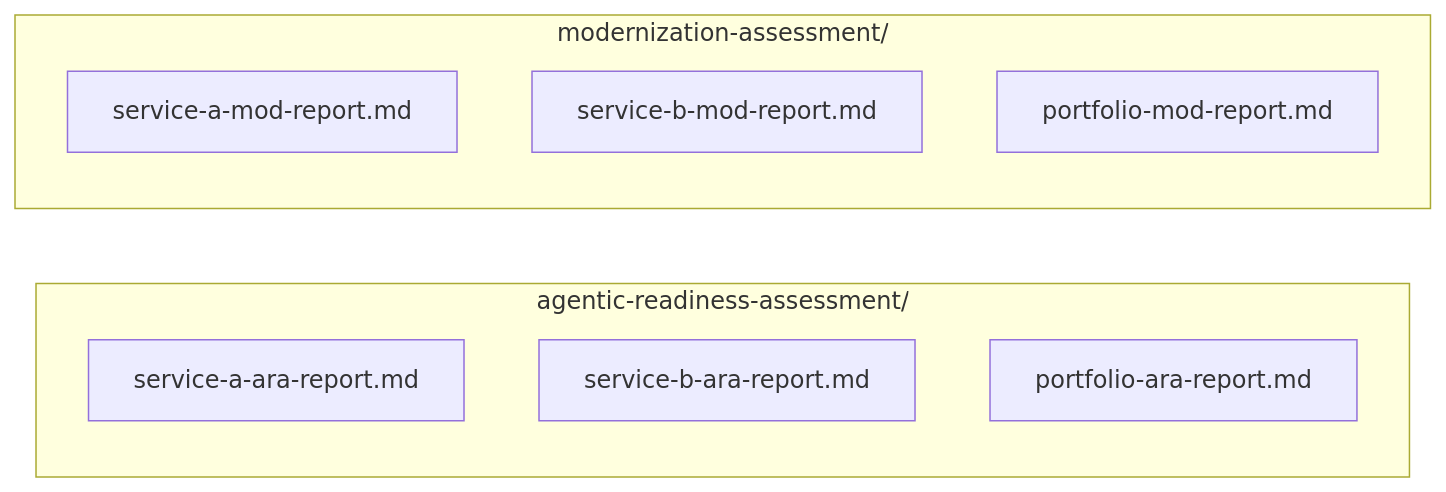
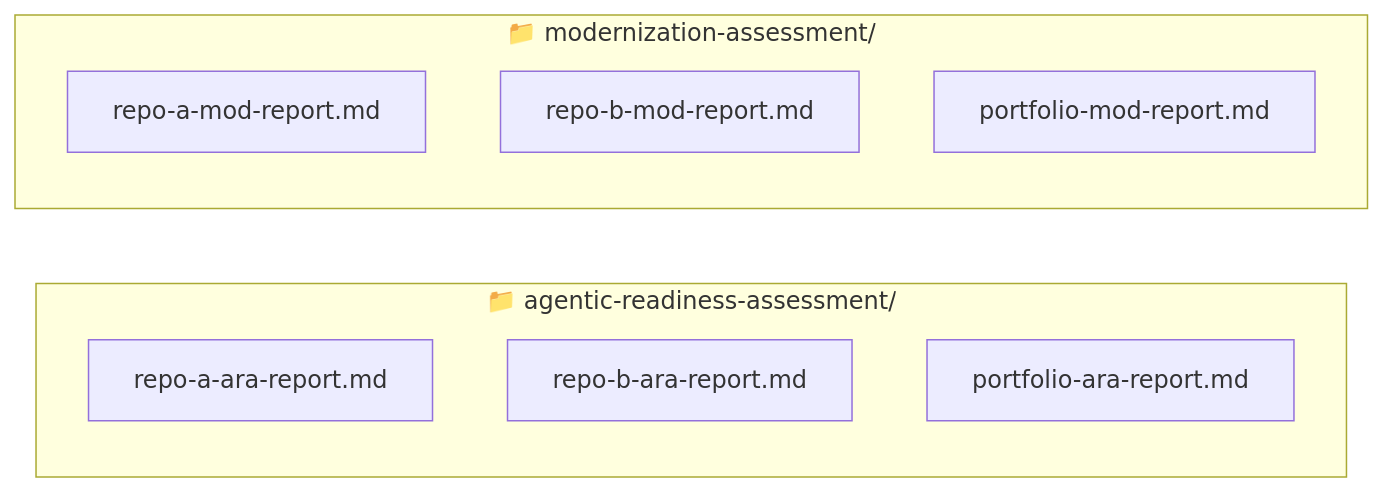
One commit to aws-samples/sample-agentic-readiness-analysis-orchestrator changed the sixth of 6 diagrams in documents-study/architecture-flow.md. Above: the diagram before and after it, drawn with Mermaid. The commit also changed other lines of this file and 1 other file, not shown here.

Commit message:
adjusted architecture flow

````diff
--- a/documents-study/architecture-flow.md
+++ b/documents-study/architecture-flow.md
@@ -135,14 +143,14 @@
 ```mermaid
 flowchart LR
-    subgraph AR [agentic-readiness-assessment/]
-        AR1[service-a-ara-report.md]
-        AR2[service-b-ara-report.md]
+    subgraph ARA [📁 agentic-readiness-assessment/]
+        AR1[repo-a-ara-report.md]
+        AR2[repo-b-ara-report.md]
         AR3[portfolio-ara-report.md]
     end
 
-    subgraph MR [modernization-assessment/]
-        MR1[service-a-mod-report.md]
-        MR2[service-b-mod-report.md]
+    subgraph MOD [📁 modernization-assessment/]
+        MR1[repo-a-mod-report.md]
+        MR2[repo-b-mod-report.md]
         MR3[portfolio-mod-report.md]
     end
 ```
````
